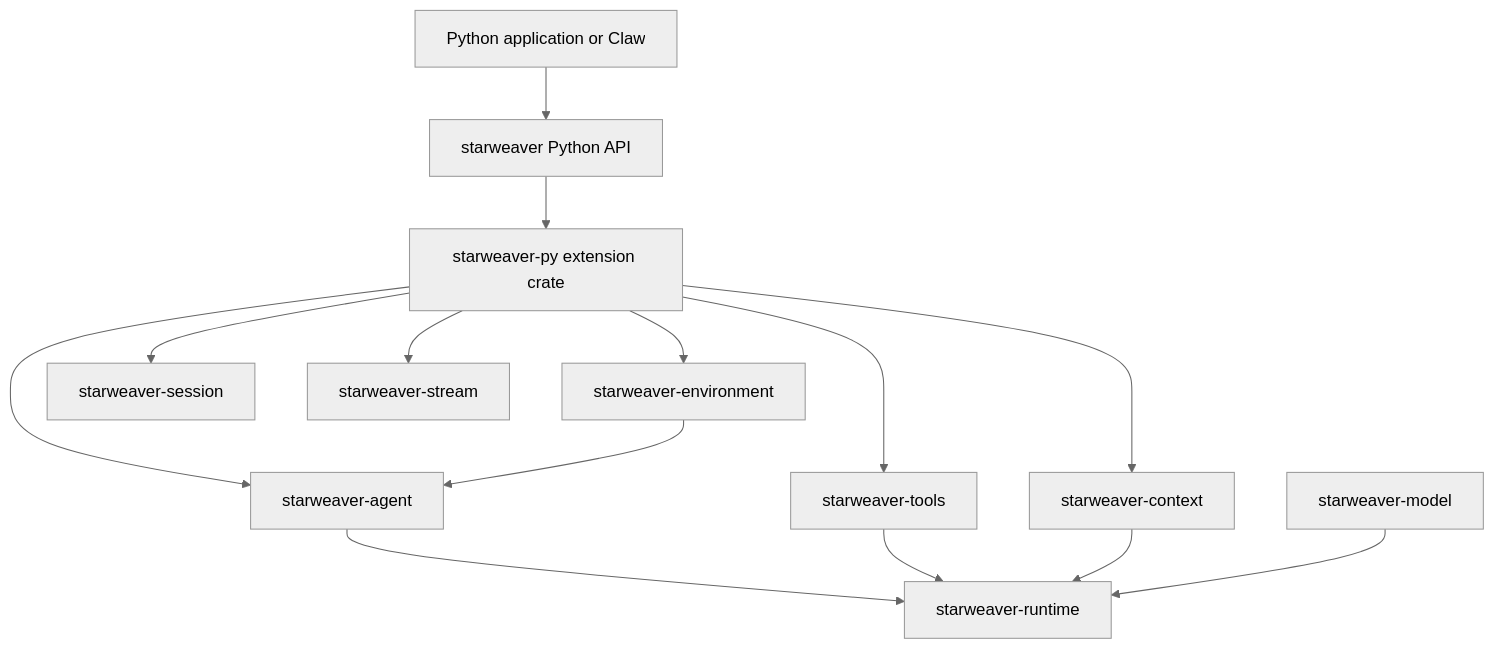
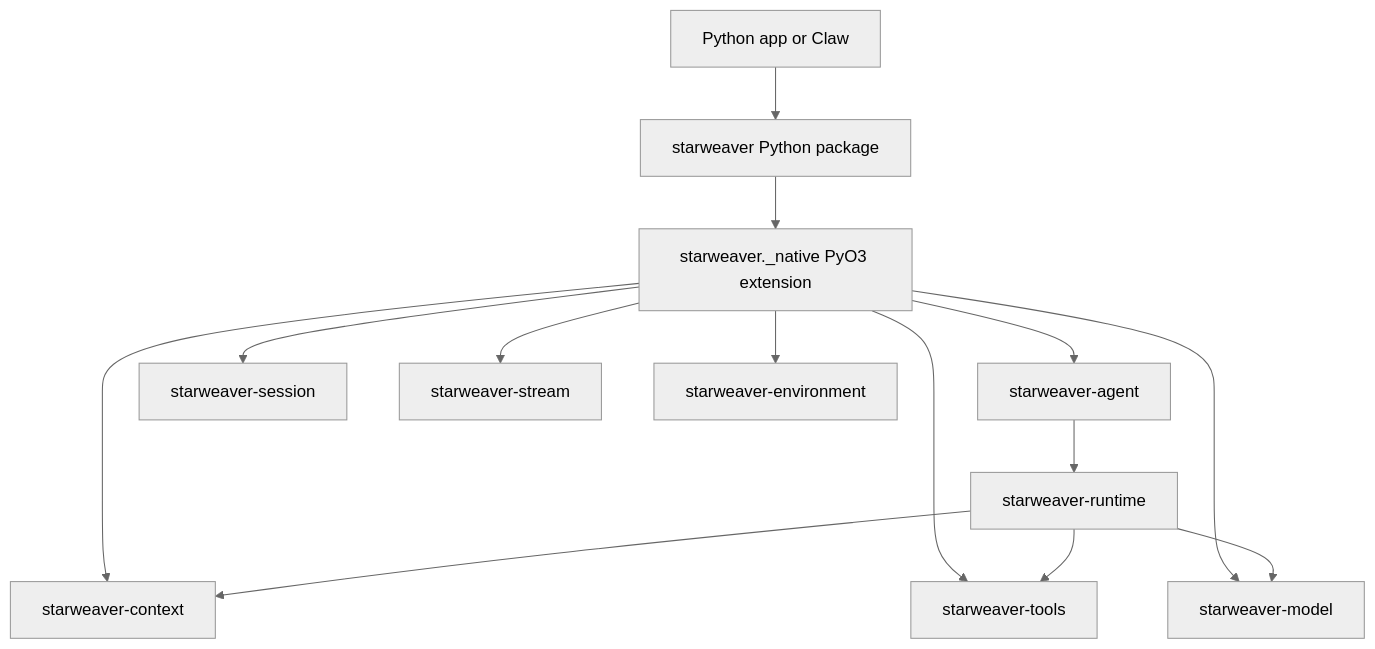
Before and after one commit to Wh1isper/starweaver: the diagram in spec/sdk/python/README.md, drawn with Mermaid (neutral theme). The commit also changed other lines of this file and 70 other files, not shown here.

````diff
--- a/spec/sdk/python/README.md
+++ b/spec/sdk/python/README.md
@@ -29,28 +56,28 @@
 ```mermaid
 flowchart TD
-    python_app["Python application or Claw"]
-    py_api["starweaver Python API"]
-    py_ext["starweaver-py extension crate"]
+    app["Python app or Claw"]
+    py["starweaver Python package"]
+    native["starweaver._native PyO3 extension"]
     agent["starweaver-agent"]
     runtime["starweaver-runtime"]
     tools["starweaver-tools"]
     context["starweaver-context"]
     model["starweaver-model"]
-    environment["starweaver-environment"]
     session["starweaver-session"]
     stream["starweaver-stream"]
+    env["starweaver-environment"]
 
-    python_app --> py_api
-    py_api --> py_ext
-    py_ext --> agent
-    py_ext --> tools
-    py_ext --> context
-    py_ext --> environment
-    py_ext --> session
-    py_ext --> stream
+    app --> py
+    py --> native
+    native --> agent
+    native --> tools
+    native --> context
+    native --> model
+    native --> session
+    native --> stream
+    native --> env
     agent --> runtime
-    tools --> runtime
-    context --> runtime
-    model --> runtime
-    environment --> agent
+    runtime --> context
+    runtime --> tools
+    runtime --> model
 ```
````
